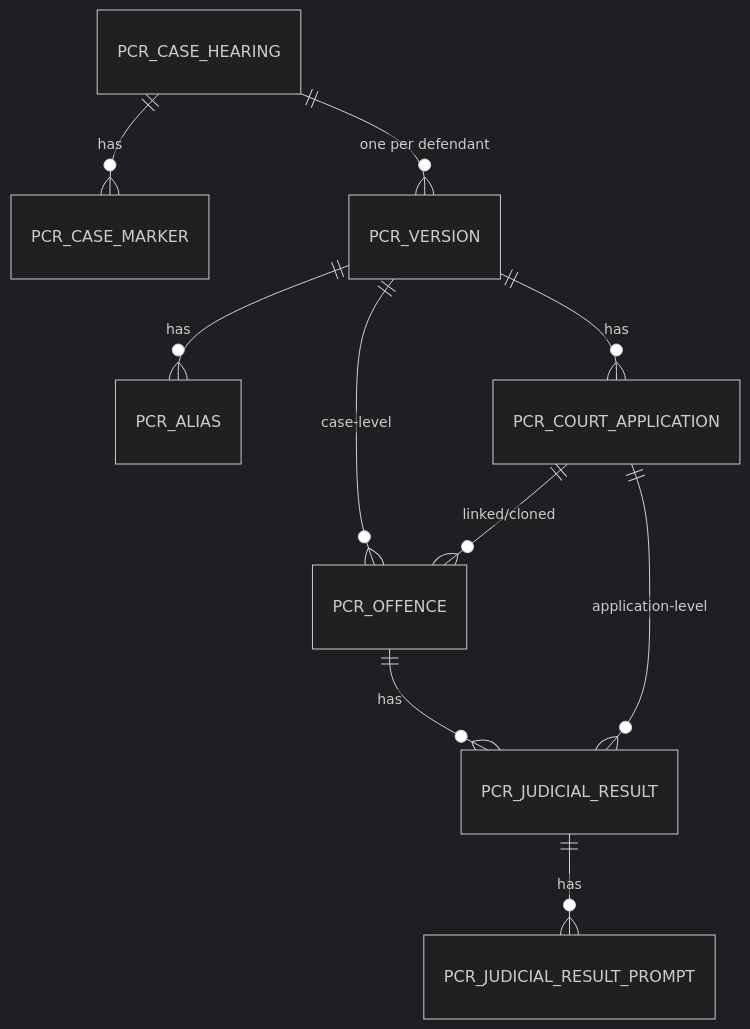
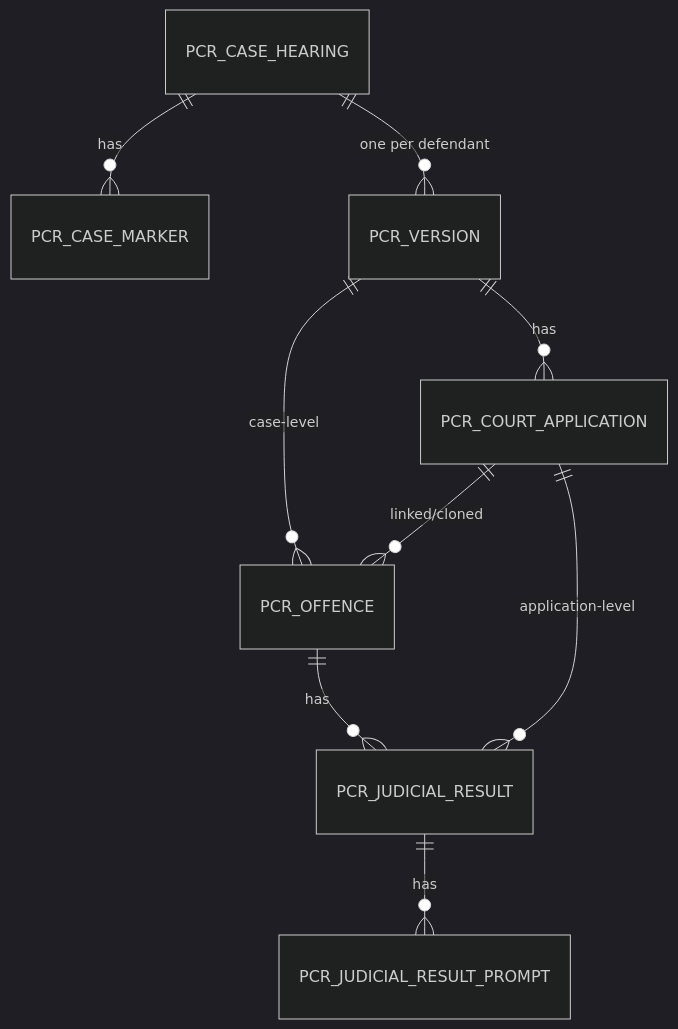
The third of 3 diagrams in docs/2026-07-16-pcr-api-marketplace-design-v2.md (hmcts/service-cp-crime-results-pcr), drawn with Mermaid (dark theme) before and after one commit. The commit also changed other lines of this file, not shown here.

First line of the commit message:
fix: remove pcr_alias -- aliases has no confirmed consumer need

````diff
--- a/docs/2026-07-16-pcr-api-marketplace-design-v2.md
+++ b/docs/2026-07-16-pcr-api-marketplace-design-v2.md
@@ -287,12 +286,11 @@
 ```mermaid
 erDiagram
     PCR_CASE_HEARING ||--o{ PCR_CASE_MARKER : has
     PCR_CASE_HEARING ||--o{ PCR_VERSION : "one per defendant"
-    PCR_VERSION ||--o{ PCR_ALIAS : has
     PCR_VERSION ||--o{ PCR_OFFENCE : "case-level"
     PCR_VERSION ||--o{ PCR_COURT_APPLICATION : has
     PCR_COURT_APPLICATION ||--o{ PCR_OFFENCE : "linked/cloned"
     PCR_OFFENCE ||--o{ PCR_JUDICIAL_RESULT : has
     PCR_COURT_APPLICATION ||--o{ PCR_JUDICIAL_RESULT : "application-level"
     PCR_JUDICIAL_RESULT ||--o{ PCR_JUDICIAL_RESULT_PROMPT : has
 ```
````
